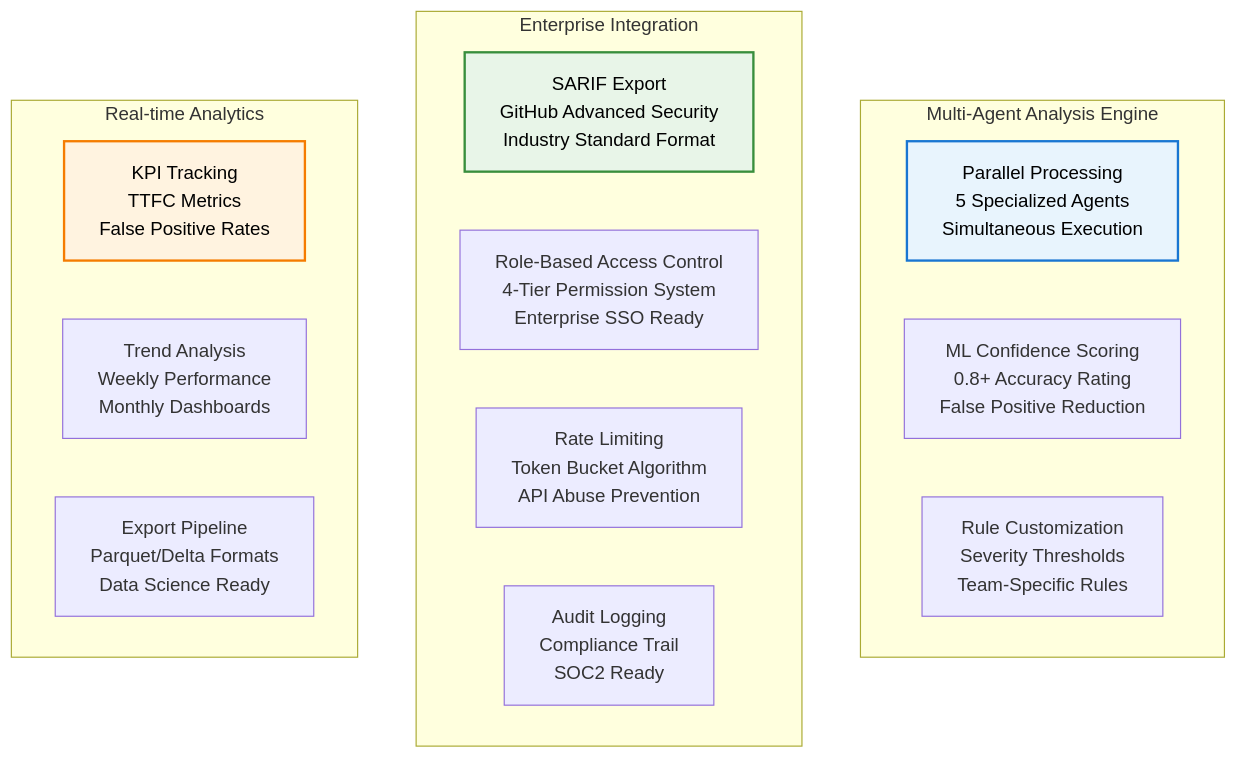
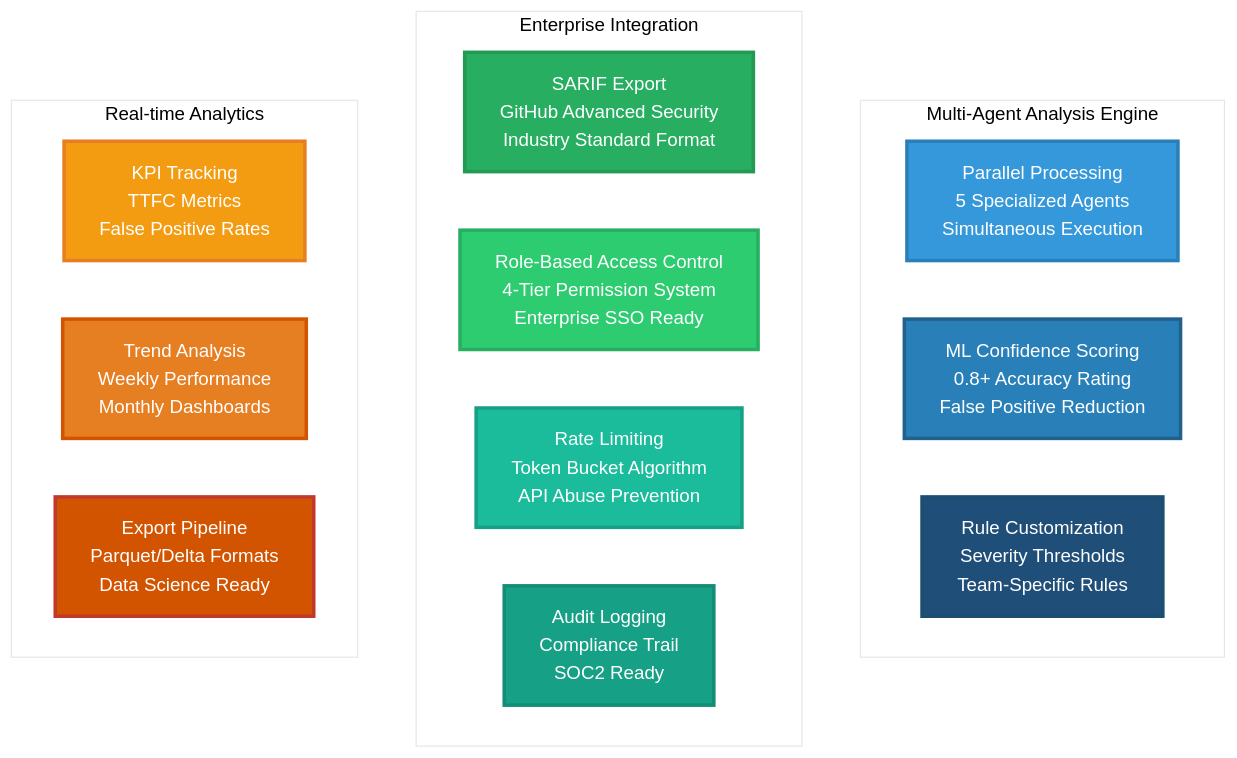
Before and after one commit to PriscillaOng12/AI-Code-Review-Squad: the eighth of 20 diagrams in README.md, drawn with Mermaid. The commit also changed other lines of this file, not shown here.

````diff
--- a/README.md
+++ b/README.md
@@ -228,25 +254,35 @@
 ```mermaid
+%%{init: {'theme': 'base', 'themeVariables': {'primaryColor': '#ffffff', 'primaryTextColor': '#2c3e50', 'primaryBorderColor': '#2c3e50', 'lineColor': '#34495e', 'secondaryColor': '#ffffff', 'tertiaryColor': '#ffffff', 'background': '#ffffff', 'mainBkg': '#ffffff', 'secondBkg': '#ffffff', 'tertiaryBkg': '#ffffff'}}}%%
 graph TB
     subgraph "Multi-Agent Analysis Engine"
         PARALLEL[Parallel Processing<br/>5 Specialized Agents<br/>Simultaneous Execution]
         CONFIDENCE[ML Confidence Scoring<br/>0.8+ Accuracy Rating<br/>False Positive Reduction]
         CUSTOM[Rule Customization<br/>Severity Thresholds<br/>Team-Specific Rules]
     end
     
     subgraph "Enterprise Integration"
         SARIF[SARIF Export<br/>GitHub Advanced Security<br/>Industry Standard Format]
         RBAC[Role-Based Access Control<br/>4-Tier Permission System<br/>Enterprise SSO Ready]
         RATE[Rate Limiting<br/>Token Bucket Algorithm<br/>API Abuse Prevention]
         AUDIT[Audit Logging<br/>Compliance Trail<br/>SOC2 Ready]
     end
     
     subgraph "Real-time Analytics"
         KPI[KPI Tracking<br/>TTFC Metrics<br/>False Positive Rates]
         TREND[Trend Analysis<br/>Weekly Performance<br/>Monthly Dashboards]
         EXPORT[Export Pipeline<br/>Parquet/Delta Formats<br/>Data Science Ready]
     end
     
-    style PARALLEL fill:#e8f4fd,stroke:#1976d2,stroke-width:2px,color:#000000
-    style SARIF fill:#e8f5e8,stroke:#388e3c,stroke-width:2px,color:#000000
-    style KPI fill:#fff3e0,stroke:#f57c00,stroke-width:2px,color:#000000
+    style PARALLEL fill:#3498db,stroke:#2980b9,stroke-width:3px,color:#ffffff
+    style CONFIDENCE fill:#2980b9,stroke:#21618c,stroke-width:3px,color:#ffffff
+    style CUSTOM fill:#1f4e79,stroke:#1b4f72,stroke-width:3px,color:#ffffff
+    
+    style SARIF fill:#27ae60,stroke:#229954,stroke-width:3px,color:#ffffff
+    style RBAC fill:#2ecc71,stroke:#27ae60,stroke-width:3px,color:#ffffff
+    style RATE fill:#1abc9c,stroke:#16a085,stroke-width:3px,color:#ffffff
+    style AUDIT fill:#16a085,stroke:#138d75,stroke-width:3px,color:#ffffff
+    
+    style KPI fill:#f39c12,stroke:#e67e22,stroke-width:3px,color:#ffffff
+    style TREND fill:#e67e22,stroke:#d35400,stroke-width:3px,color:#ffffff
+    style EXPORT fill:#d35400,stroke:#c0392b,stroke-width:3px,color:#ffffff
 ```
````
